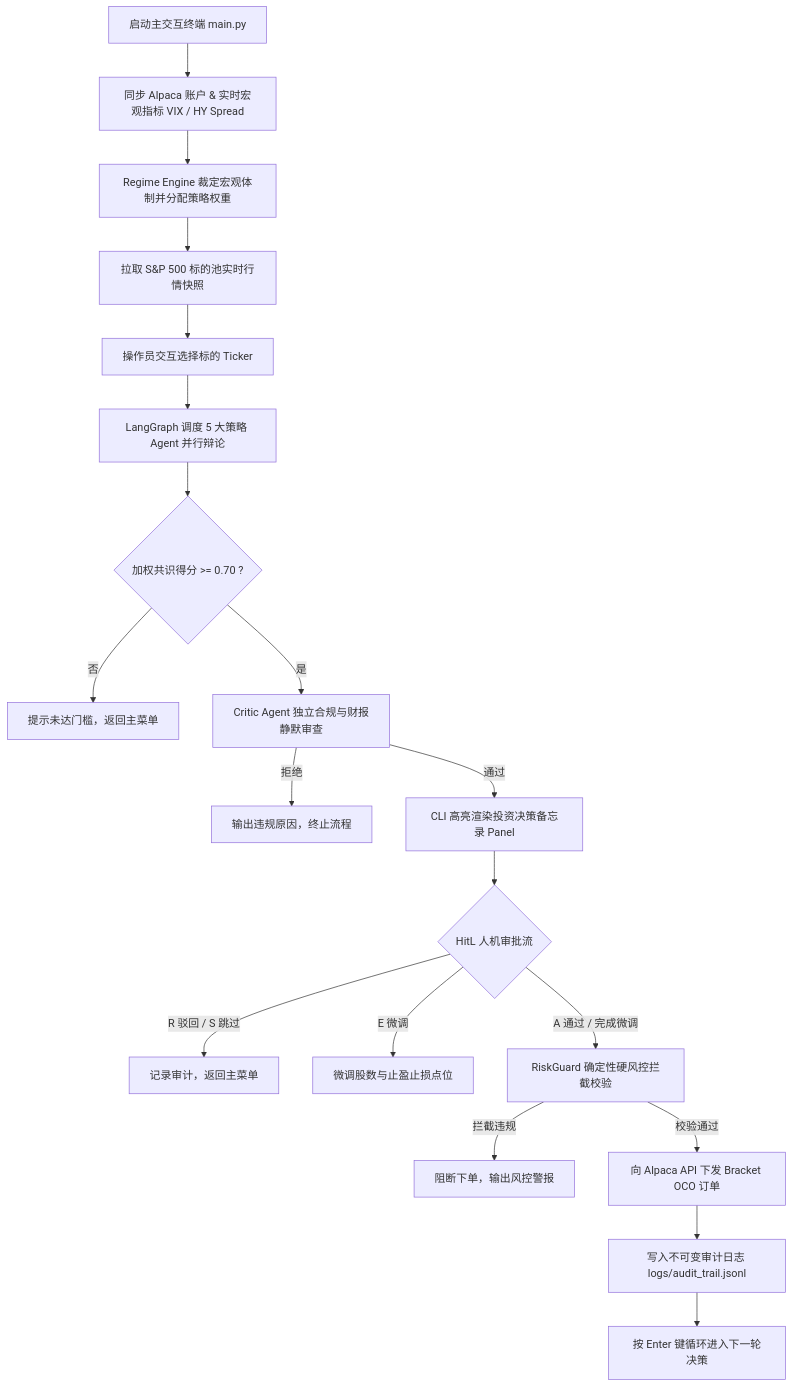
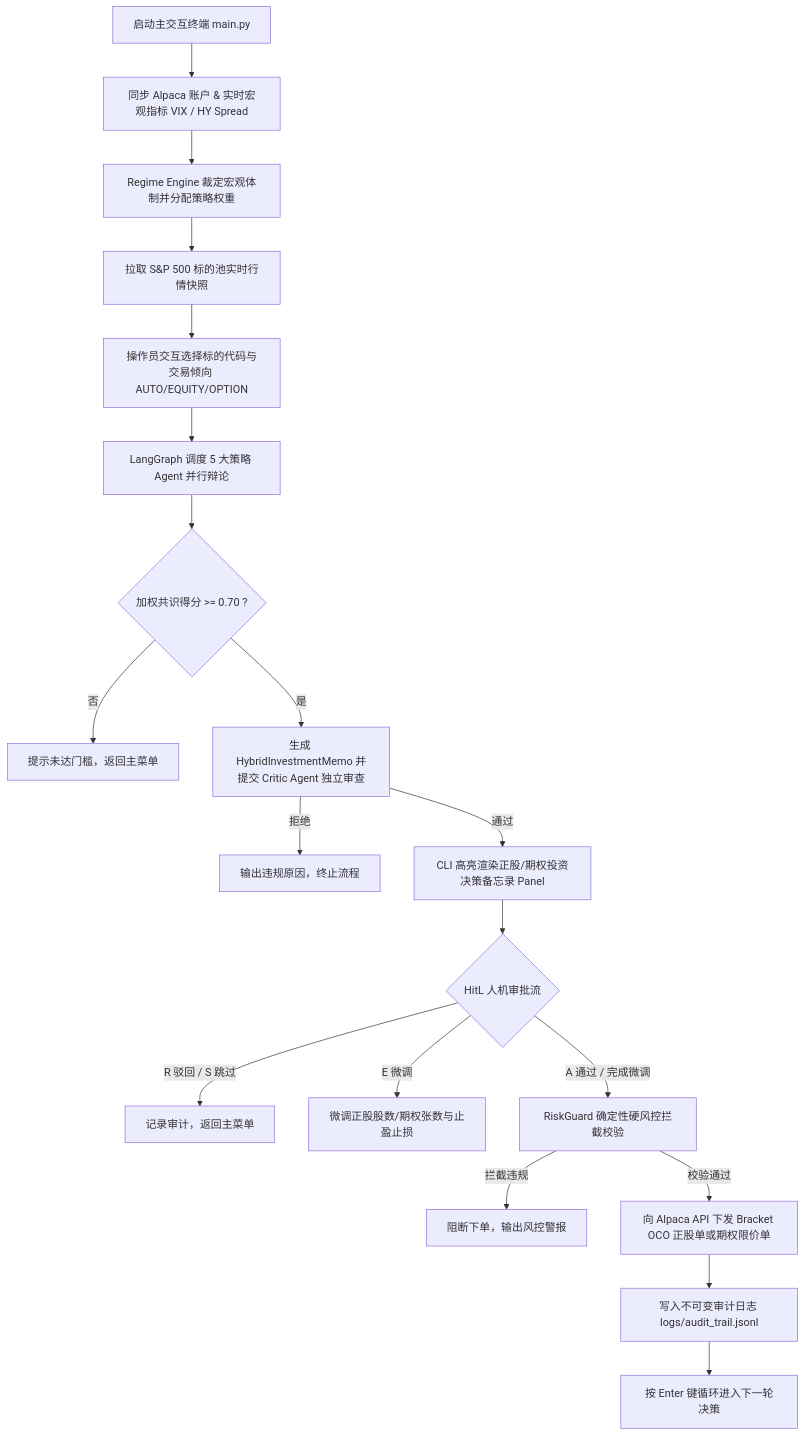
One commit to Tonytan123/AiAgentForTrading changed the diagram in README.md. Above: the diagram before and after it, drawn with Mermaid. The commit also changed other lines of this file and 16 other files, not shown here.

````diff
--- a/README.md
+++ b/README.md
@@ -36,21 +44,21 @@
 ```mermaid
 flowchart TD
     A[启动主交互终端 main.py] --> B[同步 Alpaca 账户 & 实时宏观指标 VIX / HY Spread]
     B --> C[Regime Engine 裁定宏观体制并分配策略权重]
     C --> D[拉取 S&P 500 标的池实时行情快照]
-    D --> E[操作员交互选择标的 Ticker]
+    D --> E[操作员交互选择标的代码与交易倾向 AUTO/EQUITY/OPTION]
     E --> F[LangGraph 调度 5 大策略 Agent 并行辩论]
     F --> G{加权共识得分 >= 0.70 ?}
     G -- 否 --> H[提示未达门槛，返回主菜单]
-    G -- 是 --> I[Critic Agent 独立合规与财报静默审查]
+    G -- 是 --> I[生成 HybridInvestmentMemo 并提交 Critic Agent 独立审查]
     I -- 拒绝 --> J[输出违规原因，终止流程]
-    I -- 通过 --> K[CLI 高亮渲染投资决策备忘录 Panel]
+    I -- 通过 --> K[CLI 高亮渲染正股/期权投资决策备忘录 Panel]
     K --> L{HitL 人机审批流}
     L -- R 驳回 / S 跳过 --> M[记录审计，返回主菜单]
-    L -- E 微调 --> N[微调股数与止盈止损点位]
+    L -- E 微调 --> N[微调正股股数/期权张数与止盈止损]
     L -- A 通过 / 完成微调 --> O[RiskGuard 确定性硬风控拦截校验]
     O -- 拦截违规 --> P[阻断下单，输出风控警报]
-    O -- 校验通过 --> Q[向 Alpaca API 下发 Bracket OCO 订单]
+    O -- 校验通过 --> Q[向 Alpaca API 下发 Bracket OCO 正股单或期权限价单]
     Q --> R[写入不可变审计日志 logs/audit_trail.jsonl]
     R --> S[按 Enter 键循环进入下一轮决策]
 ```
````
